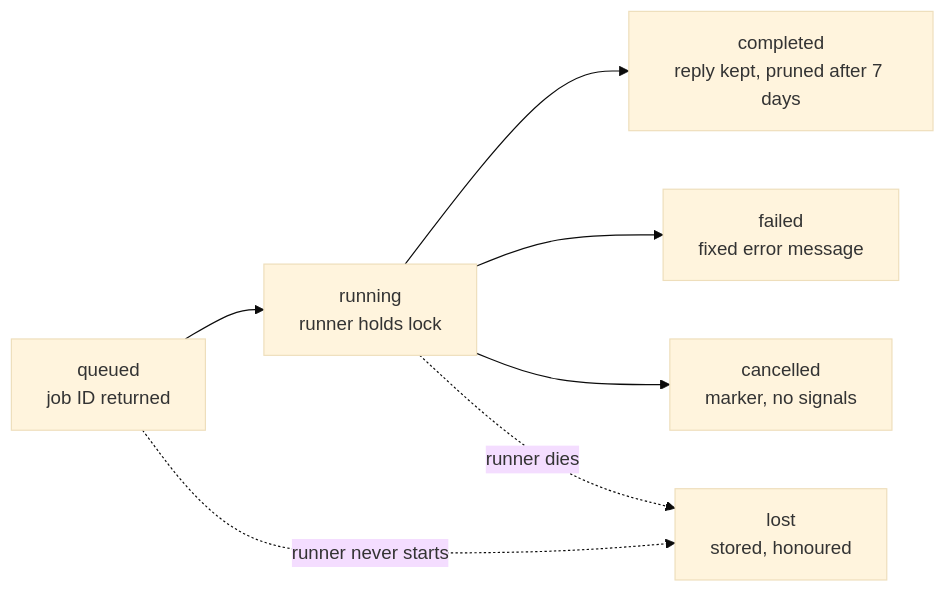
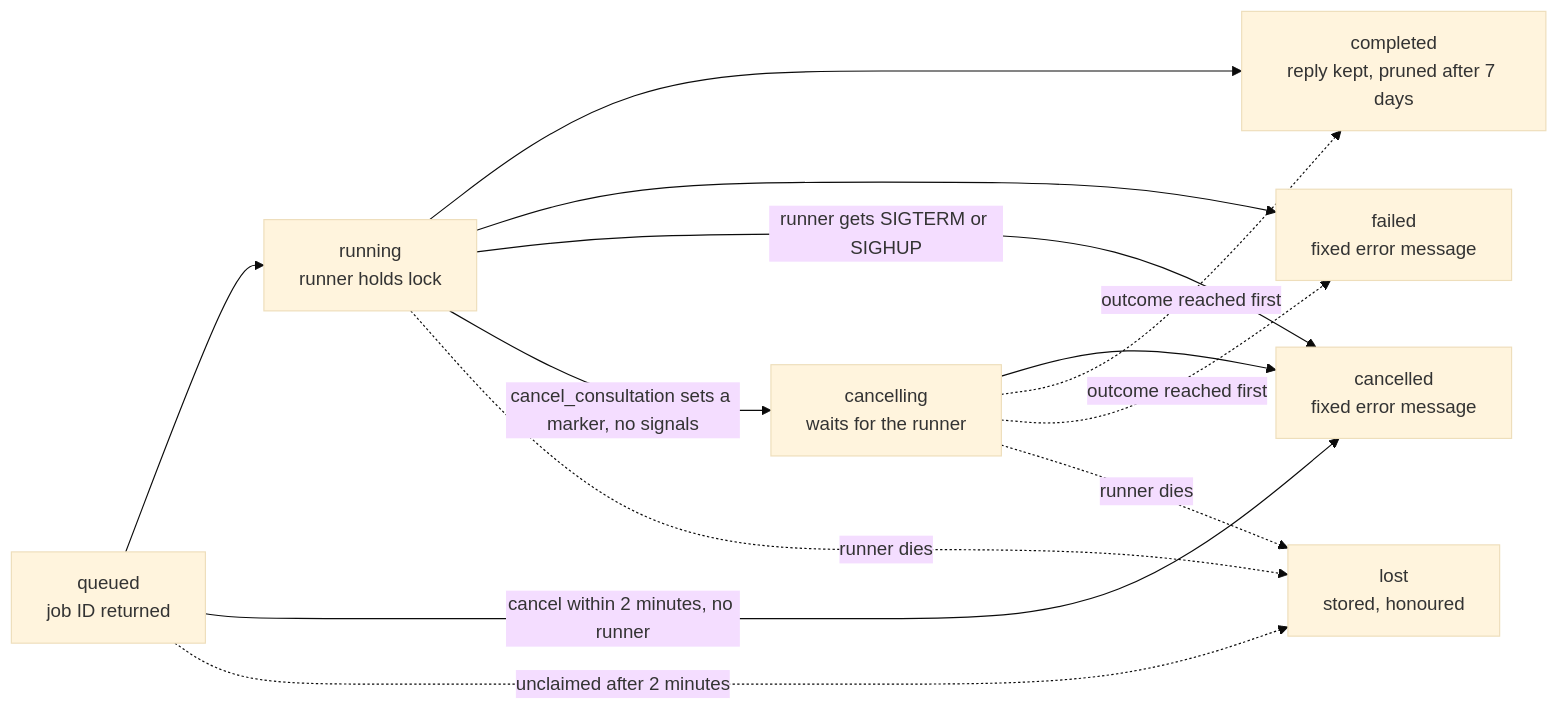
The third of 3 diagrams in plugins/peer-bridge/HOW-IT-WORKS.md (mtrzes/reweigh), drawn with Mermaid (base theme) before and after one commit. The commit also changed 6 other files, not shown here.

````diff
--- a/plugins/peer-bridge/HOW-IT-WORKS.md
+++ b/plugins/peer-bridge/HOW-IT-WORKS.md
@@ -84,9 +84,15 @@
 ```mermaid
 flowchart LR
     queued["queued<br/>job ID returned"] --> running["running<br/>runner holds lock"]
     running --> completed["completed<br/>reply kept, pruned after 7 days"]
     running --> failed["failed<br/>fixed error message"]
-    running --> cancelled["cancelled<br/>marker, no signals"]
-    queued -. runner never starts .-> lost["lost<br/>stored, honoured"]
+    running -- runner gets SIGTERM or SIGHUP --> cancelled["cancelled<br/>fixed error message"]
+    queued -- cancel within 2 minutes, no runner --> cancelled
+    running -- cancel_consultation sets a marker, no signals --> cancelling["cancelling<br/>waits for the runner"]
+    cancelling --> cancelled
+    cancelling -. outcome reached first .-> completed
+    cancelling -. outcome reached first .-> failed
+    queued -. unclaimed after 2 minutes .-> lost["lost<br/>stored, honoured"]
     running -. runner dies .-> lost
+    cancelling -. runner dies .-> lost
 ```
````
